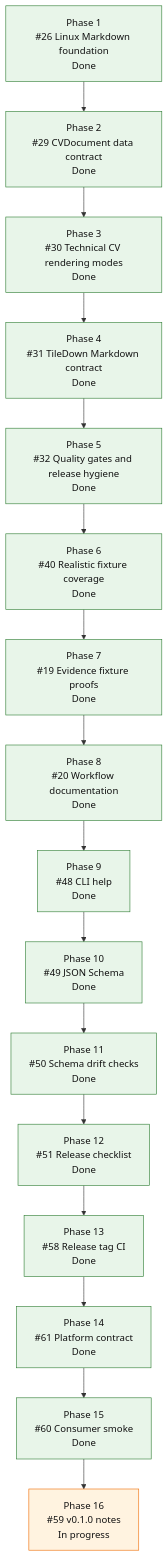
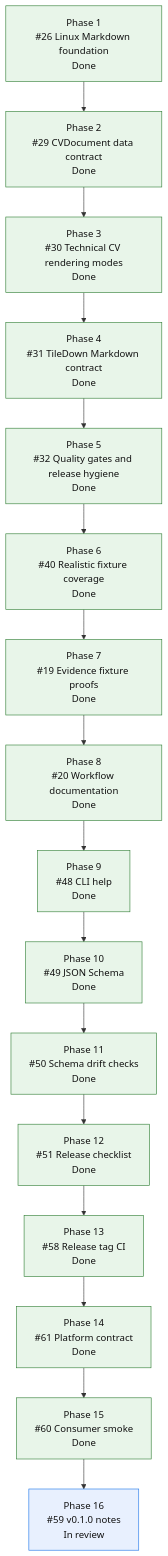
Before and after one commit to mihaelamj/cvbuilder: the diagram in README.md, drawn with Mermaid. The commit also changed 1 other file, not shown here.

Commit message:
docs(roadmap): mark release notes in review

````diff
--- a/README.md
+++ b/README.md
@@ -167,31 +167,31 @@
 ```mermaid
 flowchart TD
     P1["Phase 1<br/>#26 Linux Markdown foundation<br/>Done"]
     P2["Phase 2<br/>#29 CVDocument data contract<br/>Done"]
     P3["Phase 3<br/>#30 Technical CV rendering modes<br/>Done"]
     P4["Phase 4<br/>#31 TileDown Markdown contract<br/>Done"]
     P5["Phase 5<br/>#32 Quality gates and release hygiene<br/>Done"]
     P6["Phase 6<br/>#40 Realistic fixture coverage<br/>Done"]
     P7["Phase 7<br/>#19 Evidence fixture proofs<br/>Done"]
     P8["Phase 8<br/>#20 Workflow documentation<br/>Done"]
     P9["Phase 9<br/>#48 CLI help<br/>Done"]
     P10["Phase 10<br/>#49 JSON Schema<br/>Done"]
     P11["Phase 11<br/>#50 Schema drift checks<br/>Done"]
     P12["Phase 12<br/>#51 Release checklist<br/>Done"]
     P13["Phase 13<br/>#58 Release tag CI<br/>Done"]
     P14["Phase 14<br/>#61 Platform contract<br/>Done"]
     P15["Phase 15<br/>#60 Consumer smoke<br/>Done"]
-    P16["Phase 16<br/>#59 v0.1.0 notes<br/>In progress"]
+    P16["Phase 16<br/>#59 v0.1.0 notes<br/>In review"]
 
     P1 --> P2 --> P3 --> P4 --> P5 --> P6 --> P7 --> P8 --> P9 --> P10 --> P11 --> P12 --> P13 --> P14 --> P15 --> P16
 
     classDef done fill:#e8f5e9,stroke:#2e7d32,color:#111;
     classDef active fill:#fff3e0,stroke:#ef6c00,color:#111;
     classDef review fill:#e8f0fe,stroke:#1a73e8,color:#111;
     classDef next fill:#fff8e1,stroke:#f9a825,color:#111;
     classDef partial fill:#e0f7fa,stroke:#00838f,color:#111;
     classDef todo fill:#eef3ff,stroke:#3367d6,color:#111;
     class P1,P2,P3,P4 done;
     class P5,P6,P7,P8,P9,P10,P11,P12,P13,P14,P15 done;
-    class P16 active;
+    class P16 review;
 ```
````
